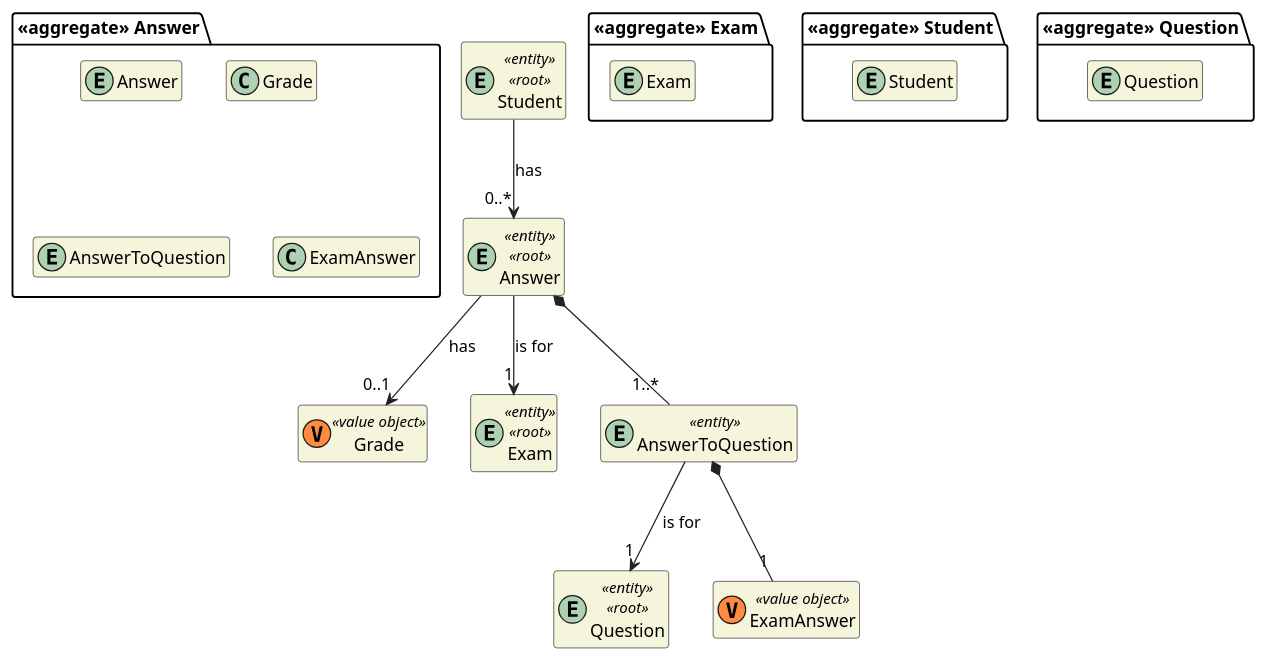
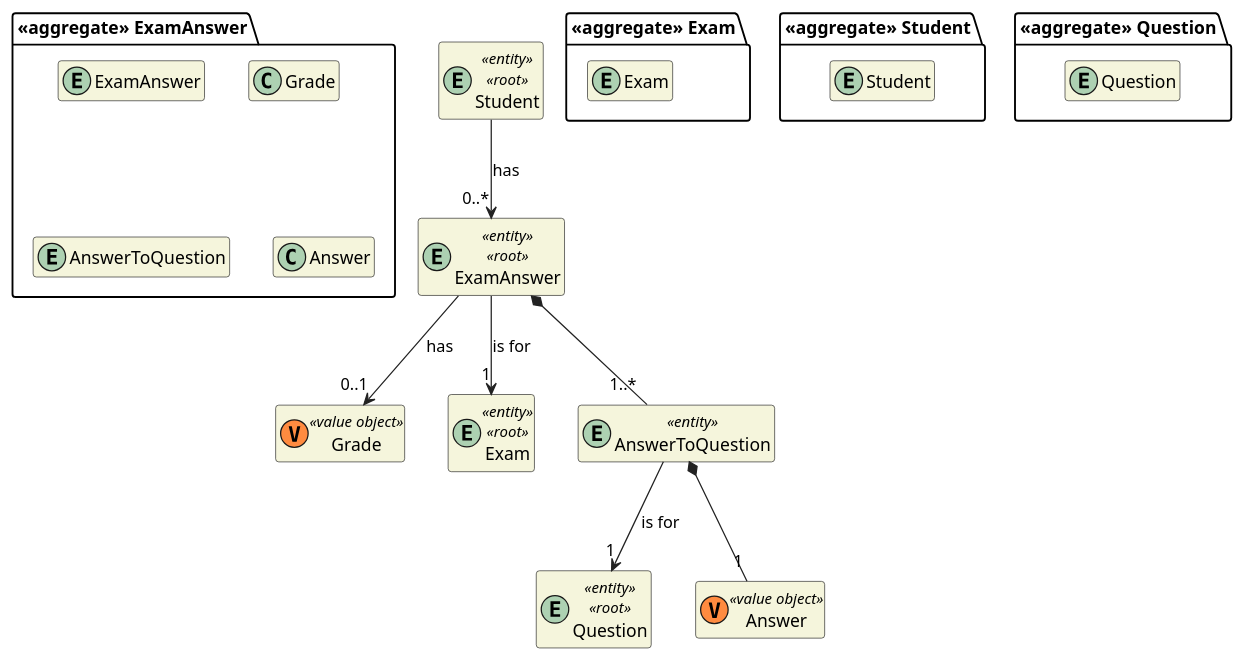
Before and after one commit to miseEnPlace-dev/lapr4: the diagram in docs/dm/DM_Answer.puml, drawn with PlantUML. The commit also changed 3 other files, not shown here.

```diff
--- a/docs/dm/DM_Answer.puml
+++ b/docs/dm/DM_Answer.puml
@@ -1,54 +1,54 @@
 @startuml DM-EXAM
 'https://plantuml.com/class-diagram
 
 skinparam classAttributeIconSize 0
 hide empty attributes
 hide empty methods
 skinparam classBackgroundColor beige
 skinparam ArrowColor #222222
 
 package "<<aggregate>> Exam" {
   entity Exam
 }
 
 package "<<aggregate>> Student" {
   entity Student
 }
 
 entity Student <<entity>> <<root>> {
 }
 
 package "<<aggregate>> Question" {
   entity Question
 }
 
 entity Question <<entity>> <<root>> {
 }
 
-package "<<aggregate>> Answer" {
-  entity Answer
+package "<<aggregate>> ExamAnswer" {
+  entity ExamAnswer
 
   class Grade
 
   entity AnswerToQuestion
-  class ExamAnswer
+  class Answer
 }
 
-entity Answer <<entity>> <<root>> {}
+entity ExamAnswer <<entity>> <<root>> {}
 
 class Grade <<(V,#FF8B40) value object>> {}
-class ExamAnswer <<(V,#FF8B40) value object>> {}
+class Answer <<(V,#FF8B40) value object>> {}
 
 entity Exam <<entity>> <<root>> {}
 entity AnswerToQuestion <<entity>> {}
 
-Student --> "0..*" Answer : has
-Answer --> "1" Exam : is for
-Answer --> "0..1" Grade : has
+Student --> "0..*"ExamAnswer : has
+ExamAnswer --> "1" Exam : is for
+ExamAnswer --> "0..1" Grade : has
 
 AnswerToQuestion --> "1" Question : is for
-AnswerToQuestion *-- "1" ExamAnswer
+AnswerToQuestion *-- "1" Answer
 
-Answer *-- "1..*" AnswerToQuestion
+ExamAnswer *-- "1..*" AnswerToQuestion
 
 @enduml
```
